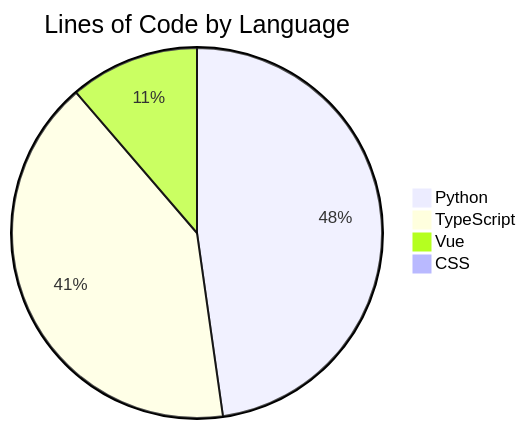
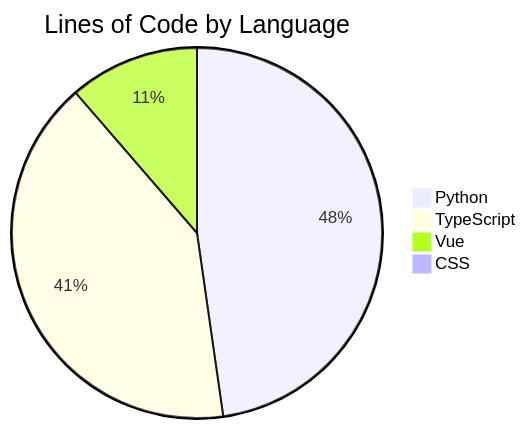
Before and after one commit to ISW-stack/AI3L-Community: the diagram in README.md, drawn with Mermaid. The commit also changed other lines of this file and 1 other file, not shown here.

````diff
--- a/README.md
+++ b/README.md
@@ -364,7 +364,7 @@
 ```mermaid
 pie title Lines of Code by Language
-    "Python" : 98440
-    "TypeScript" : 84377
-    "Vue" : 23299
+    "Python" : 98428
+    "TypeScript" : 84375
+    "Vue" : 23393
     "CSS" : 126
 ```
````
